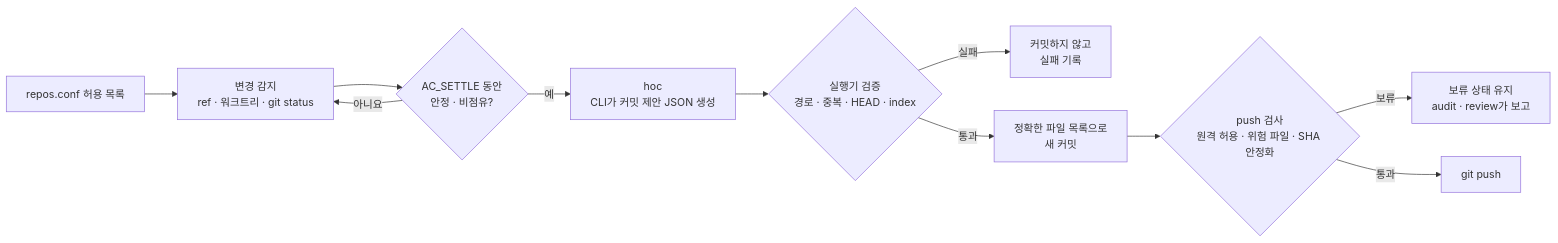
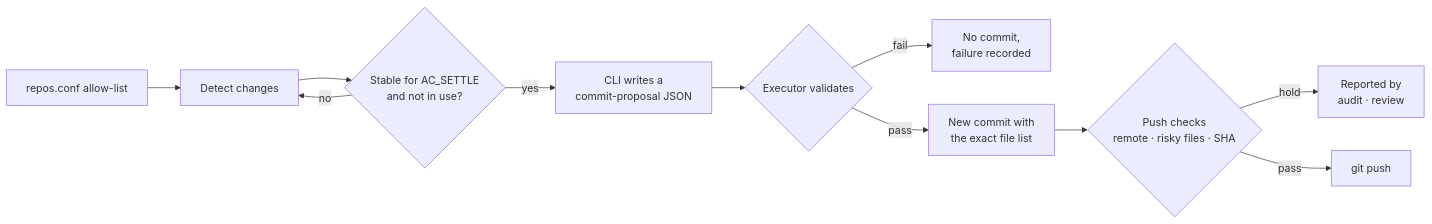
Before and after one commit to namu-k/autocommit: the diagram in README.md, drawn with Mermaid. The commit also changed other lines of this file and 1 other file, not shown here.

````diff
--- a/README.md
+++ b/README.md
@@ -51,13 +35,13 @@
 ```mermaid
 flowchart LR
-    A["repos.conf 허용 목록"] --> B["변경 감지<br/>ref · 워크트리 · git status"]
-    B --> C{"AC_SETTLE 동안<br/>안정 · 비점유?"}
-    C -- 아니요 --> B
-    C -- 예 --> D["hoc<br/>CLI가 커밋 제안 JSON 생성"]
-    D --> E{"실행기 검증<br/>경로 · 중복 · HEAD · index"}
-    E -- 실패 --> F["커밋하지 않고<br/>실패 기록"]
-    E -- 통과 --> G["정확한 파일 목록으로<br/>새 커밋"]
-    G --> H{"push 검사<br/>원격 허용 · 위험 파일 · SHA 안정화"}
-    H -- 보류 --> I["보류 상태 유지<br/>audit · review가 보고"]
-    H -- 통과 --> J["git push"]
+    A["repos.conf allow-list"] --> B["Detect changes"]
+    B --> C{"Stable for AC_SETTLE<br/>and not in use?"}
+    C -- no --> B
+    C -- yes --> D["CLI writes a<br/>commit-proposal JSON"]
+    D --> E{"Executor validates"}
+    E -- fail --> F["No commit,<br/>failure recorded"]
+    E -- pass --> G["New commit with<br/>the exact file list"]
+    G --> H{"Push checks<br/>remote · risky files · SHA"}
+    H -- hold --> I["Reported by<br/>audit · review"]
+    H -- pass --> J["git push"]
 ```
````
